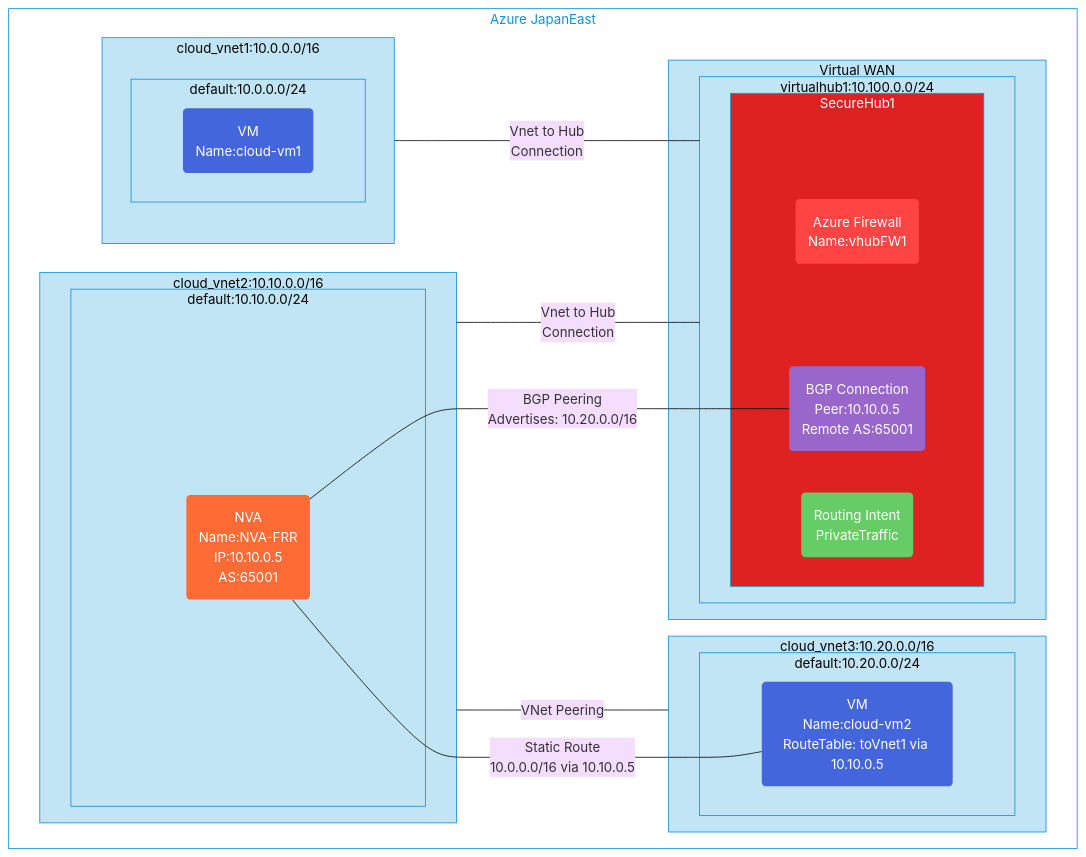
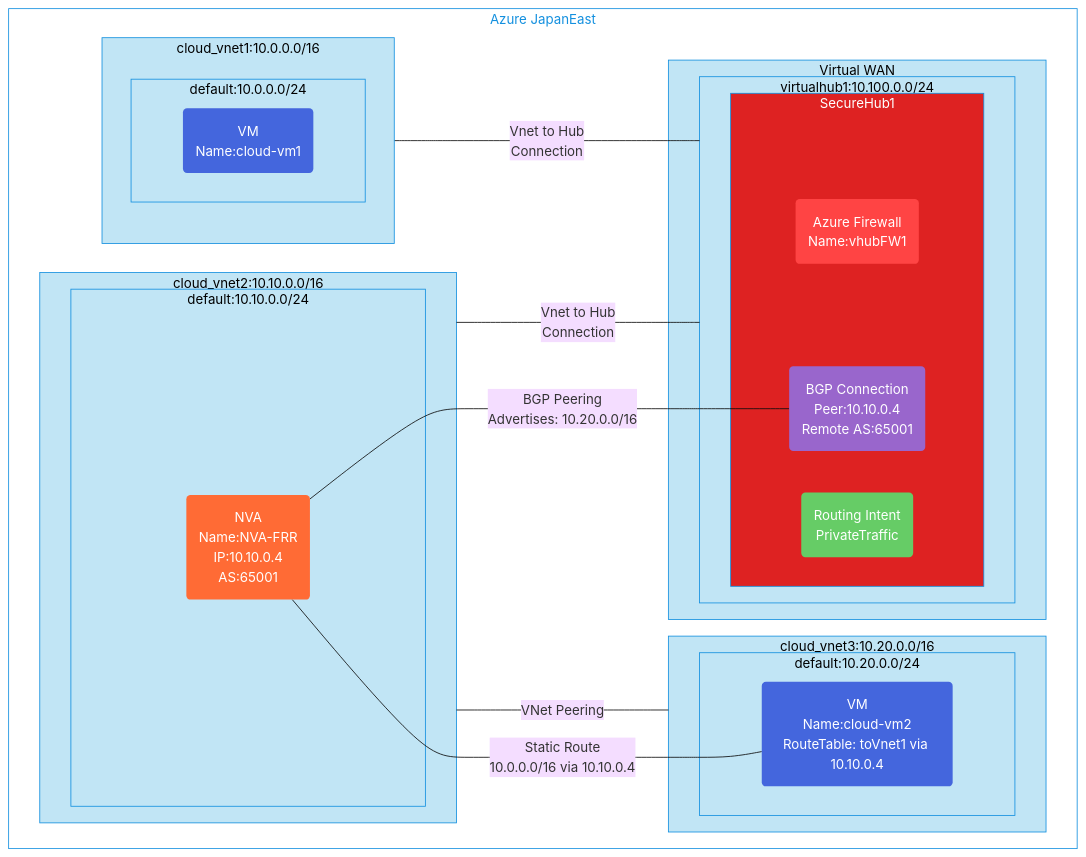
Before and after one commit to toizumi03/bicep-templates: the diagram in vwan-securehub-routing-intent-bgp-peer-env/README.md, drawn with Mermaid (base theme). The commit also changed other lines of this file, not shown here.

Commit message:
Update NVA IP addresses and BGP peer details

````diff
--- a/vwan-securehub-routing-intent-bgp-peer-env/README.md
+++ b/vwan-securehub-routing-intent-bgp-peer-env/README.md
@@ -4,65 +4,65 @@
 ```mermaid
 graph TB;
 %% Groups and Services
 
 subgraph GR1[Azure JapanEast]
   subgraph GV1[cloud_vnet1:10.0.0.0/16]
       subgraph GVS1[default:10.0.0.0/24]
         CP1("VM<br/>Name:cloud-vm1")
       end
   end
   subgraph GV2[cloud_vnet2:10.10.0.0/16]
       subgraph GVS2[default:10.10.0.0/24]
-        NVA("NVA<br/>Name:NVA-FRR<br/>IP:10.10.0.5<br/>AS:65001")
+        NVA("NVA<br/>Name:NVA-FRR<br/>IP:10.10.0.4<br/>AS:65001")
       end
   end
   subgraph GV3[cloud_vnet3:10.20.0.0/16]
       subgraph GVS3[default:10.20.0.0/24]
-        CP3("VM<br/>Name:cloud-vm2<br/>RouteTable: toVnet1 via 10.10.0.5")
+        CP3("VM<br/>Name:cloud-vm2<br/>RouteTable: toVnet1 via 10.10.0.4")
       end
   end
   subgraph GV4[Virtual WAN]
     subgraph GV5[virtualhub1:10.100.0.0/24]
       subgraph SECHUB1[SecureHub1]
         AZF1("Azure Firewall<br/>Name:vhubFW1")
         RI1("Routing Intent<br/>PrivateTraffic")
-        BGP1("BGP Connection<br/>Peer:10.10.0.5<br/>Remote AS:65001")
+        BGP1("BGP Connection<br/>Peer:10.10.0.4<br/>Remote AS:65001")
       end
     end
   end
 end
 
 %% Relation for resources
 GV1 --Vnet to Hub<br/>Connection--- GV5
 GV2 --Vnet to Hub<br/>Connection--- GV5
 GV2 --VNet Peering--- GV3
 NVA --BGP Peering<br/>Advertises: 10.20.0.0/16--- BGP1
-CP3 --Static Route<br/>10.0.0.0/16 via 10.10.0.5--- NVA
+CP3 --Static Route<br/>10.0.0.0/16 via 10.10.0.4--- NVA
 
 %% Groups style
 classDef GSR fill:#fff,color:#1490df,stroke:#1490df
 class GR1 GSR
 
 classDef SGV1 fill:#c1e5f5,color:#000,stroke:#1490df
 class GV1,GV2,GV3,GV4,GV5,GVS1,GVS2,GVS3 SGV1
 
 classDef SGSH fill:#de2222,color:#fff,stroke:#1490df
 class SECHUB1 SGSH
  
 %% Service Style
 classDef SCP fill:#4466dd,color:#fff,stroke:none
 class CP1,CP3 SCP
 
 classDef SNVA fill:#ff6b35,color:#fff,stroke:none
 class NVA SNVA
 
 classDef SAZF fill:#ff4444,color:#fff,stroke:none
 class AZF1 SAZF
 
 classDef SRI fill:#66cc66,color:#fff,stroke:none
 class RI1 SRI
 
 classDef SBGP fill:#9966cc,color:#fff,stroke:none
 class BGP1 SBGP
 
 ```
````
